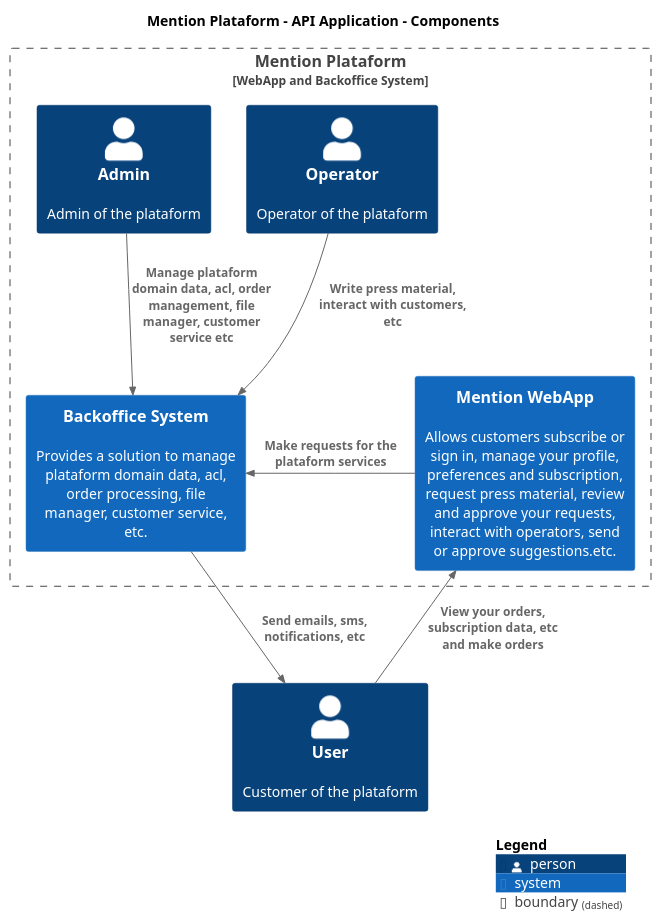
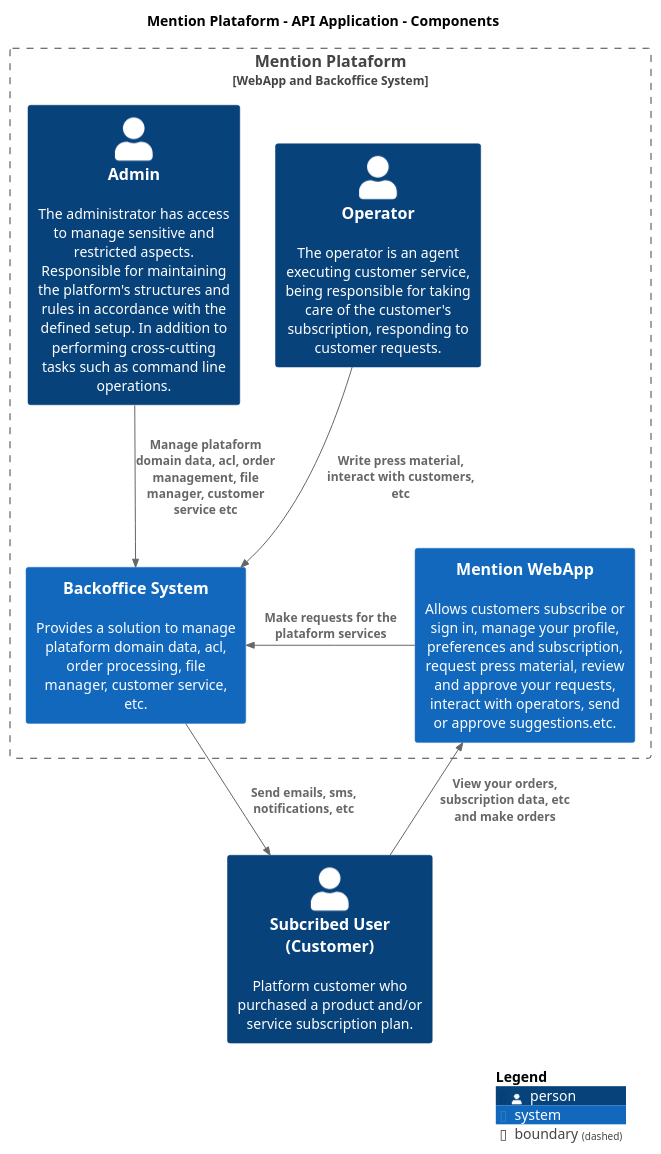
The diagram in docs/diagrams/context.puml (mateusmacedo/mostval-plataform), drawn with PlantUML before and after one commit.

Commit message:
docs(context): :books: enhance platform roles and subscriber identity descriptions

```diff
--- a/docs/diagrams/context.puml
+++ b/docs/diagrams/context.puml
@@ -1,28 +1,28 @@
 @startuml Mention Plataform
 set separator none
 title Mention Plataform - API Application - Components
 
 ' top to bottom direction
 ' left to right direction
 
 !include <C4/C4>
 !include <C4/C4_Context>
 
 AddBoundaryTag("Mention Plataform")
 Boundary(mention_zone, "Mention Plataform", "WebApp and Backoffice System") {
-    Person(Operator, "Operator", "Operator of the plataform", $tags="")
-    Person(Admin, "Admin", "Admin of the plataform", $tags="")
+    Person(Operator, "Operator", "The operator is an agent executing customer service, being responsible for taking care of the customer's subscription, responding to customer requests.", $tags="")
+    Person(Admin, "Admin", "The administrator has access to manage sensitive and restricted aspects. Responsible for maintaining the platform's structures and rules in accordance with the defined setup. In addition to performing cross-cutting tasks such as command line operations.", $tags="")
     System(MentionWebApp, "Mention WebApp", "Allows customers subscribe or sign in, manage your profile, preferences and subscription, request press material, review and approve your requests, interact with operators, send or approve suggestions.etc.", $tags="")
     System(MentionBackOffice, "Backoffice System", "Provides a solution to manage plataform domain data, acl, order processing, file manager, customer service, etc.", $tags="")
 }
 
-Person(User, "User", "Customer of the plataform", $tags="")
+Person(SubcribedUser, "Subcribed User (Customer)", "Platform customer who purchased a product and/or service subscription plan.", $tags="")
 
-Rel(User, MentionWebApp, "View your orders, subscription data, etc and make orders")
+Rel(SubcribedUser, MentionWebApp, "View your orders, subscription data, etc and make orders")
 Rel_L(MentionWebApp, MentionBackOffice, "Make requests for the plataform services")
 Rel(Operator, MentionBackOffice, "Write press material, interact with customers, etc")
 Rel(Admin, MentionBackOffice, "Manage plataform domain data, acl, order management, file manager, customer service etc")
-Rel(MentionBackOffice, User, "Send emails, sms, notifications, etc")
+Rel(MentionBackOffice, SubcribedUser, "Send emails, sms, notifications, etc")
 
 SHOW_LEGEND(true)
 @enduml
```
